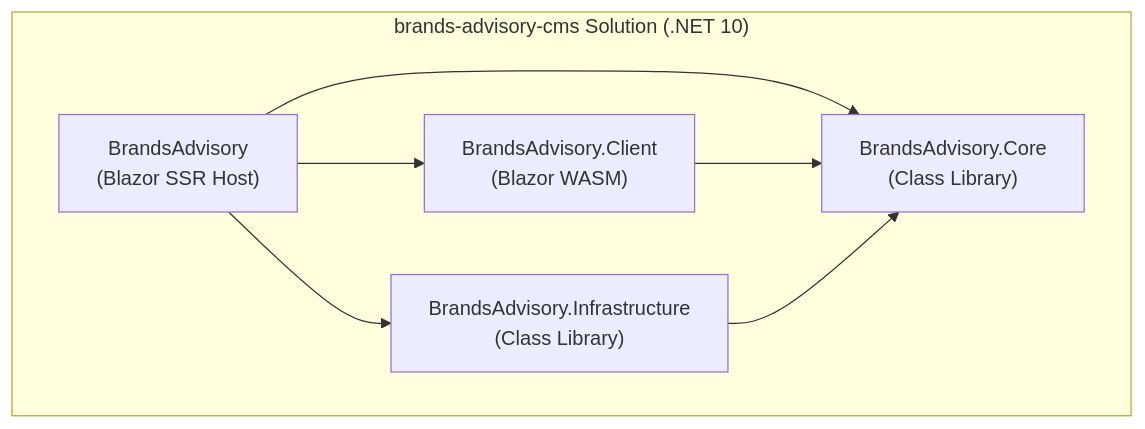
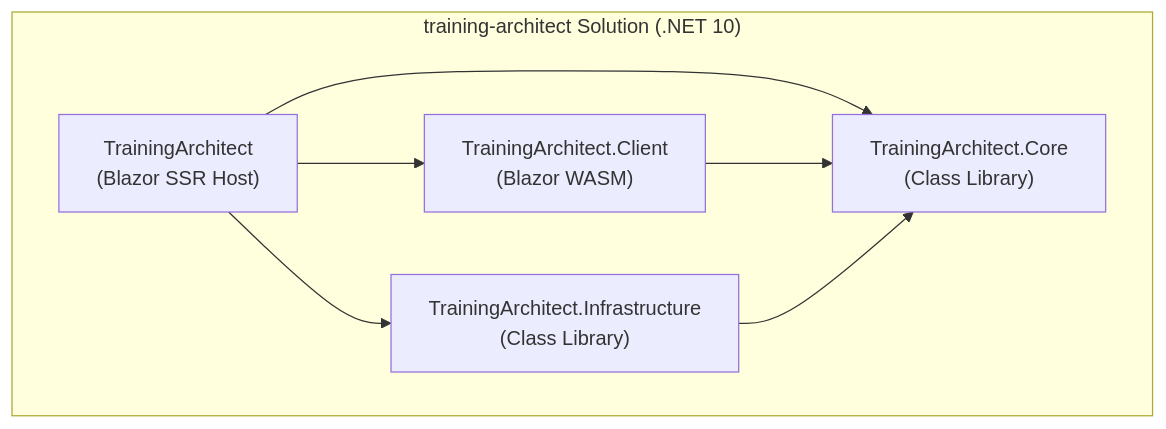
The diagram in README.md (rbrands/training-architect), drawn with Mermaid before and after one commit. The commit also changed other lines of this file and 211 other files, not shown here.

````diff
--- a/README.md
+++ b/README.md
@@ -36,20 +35,20 @@
 ```mermaid
 graph TD
-    subgraph Solution["brands-advisory-cms Solution (.NET 10)"]
-        BA["BrandsAdvisory\n(Blazor SSR Host)"]
-        BAC["BrandsAdvisory.Client\n(Blazor WASM)"]
-        CORE["BrandsAdvisory.Core\n(Class Library)"]
-        INFRA["BrandsAdvisory.Infrastructure\n(Class Library)"]
+    subgraph Solution["training-architect Solution (.NET 10)"]
+        BA["TrainingArchitect\n(Blazor SSR Host)"]
+        BAC["TrainingArchitect.Client\n(Blazor WASM)"]
+        CORE["TrainingArchitect.Core\n(Class Library)"]
+        INFRA["TrainingArchitect.Infrastructure\n(Class Library)"]
     end
 
     BA --> BAC
     BA --> CORE
     BA --> INFRA
     BAC --> CORE
     INFRA --> CORE
 
    
    
  
    
 ```
````
